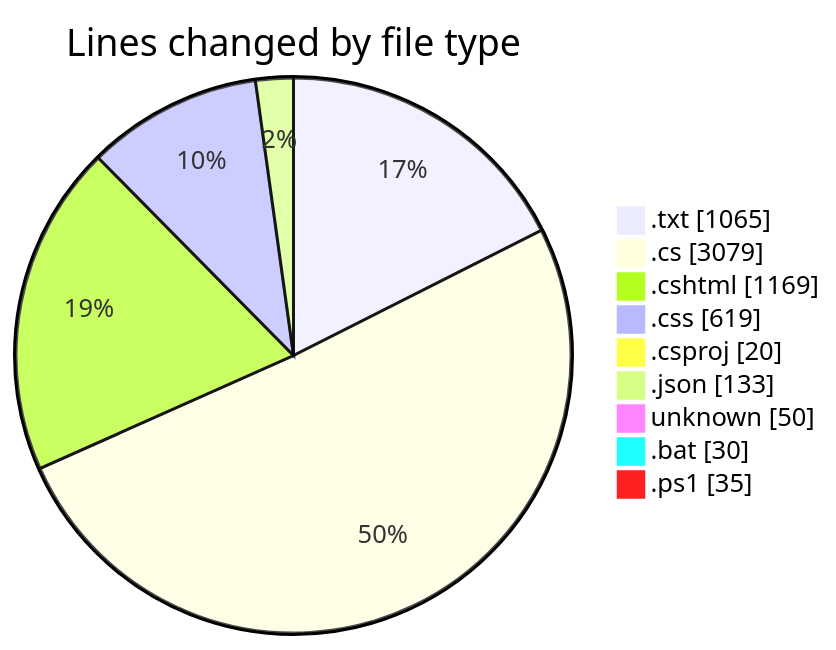
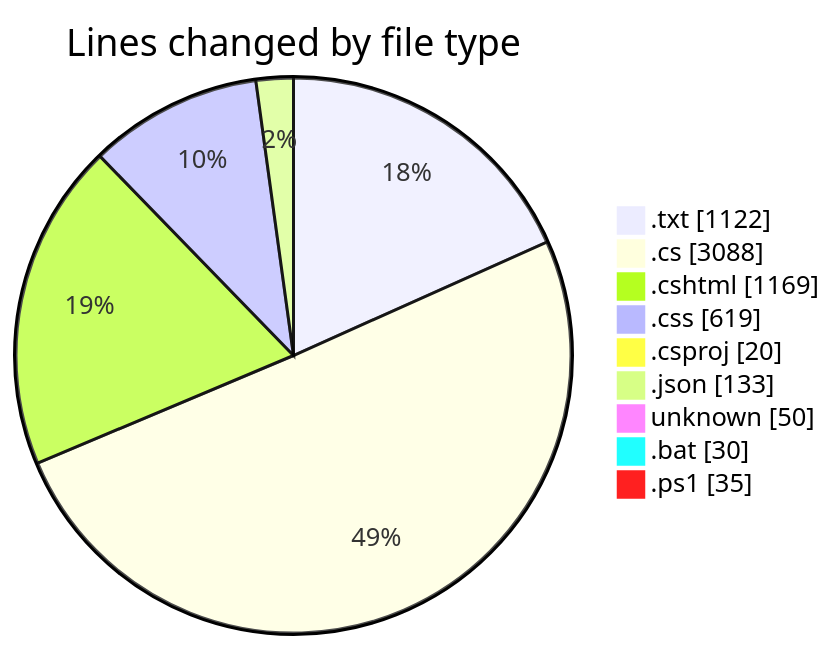
The first of 2 diagrams in 2025-07-26/quanlyrapchieuphim-1/README.md (lephambinh05/code-tracking), drawn with Mermaid before and after one commit. The commit also changed other lines of this file and 1 other file, not shown here.

````diff
--- a/2025-07-26/quanlyrapchieuphim-1/README.md
+++ b/2025-07-26/quanlyrapchieuphim-1/README.md
@@ -37,13 +37,13 @@
 ```mermaid
 pie showData
 title Lines changed by file type
-".txt" : 1065
-".cs" : 3079
+".txt" : 1122
+".cs" : 3088
 ".cshtml" : 1169
 ".css" : 619
 ".csproj" : 20
 ".json" : 133
 "unknown" : 50
 ".bat" : 30
 ".ps1" : 35
 ```
````
